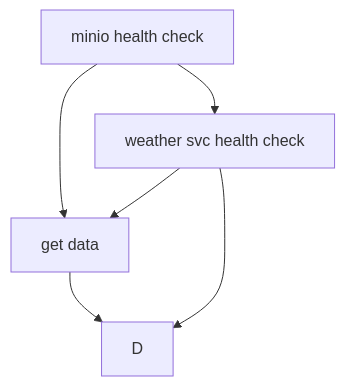
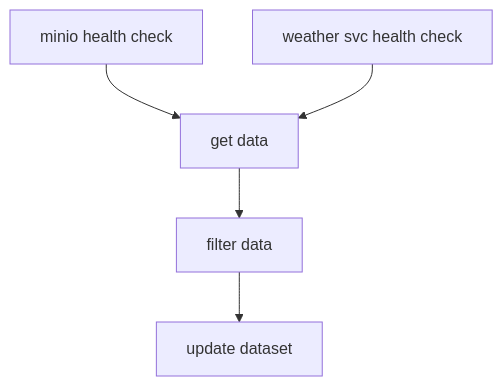
One commit to bletvaska/airflow101 changed the diagram in readme.md. Above: the diagram before and after it, drawn with Mermaid.

Commit message:
refactoring readme

````diff
--- a/readme.md
+++ b/readme.md
@@ -34,8 +34,7 @@
 ```mermaid
 graph TD;
     A[minio health check] --> B[get data];
     C[weather svc health check] --> B;
-    A-->C;
-    B-->D;
-    C-->D;
+    B --> D[filter data];
+    D --> E[update dataset];
 ```
````
